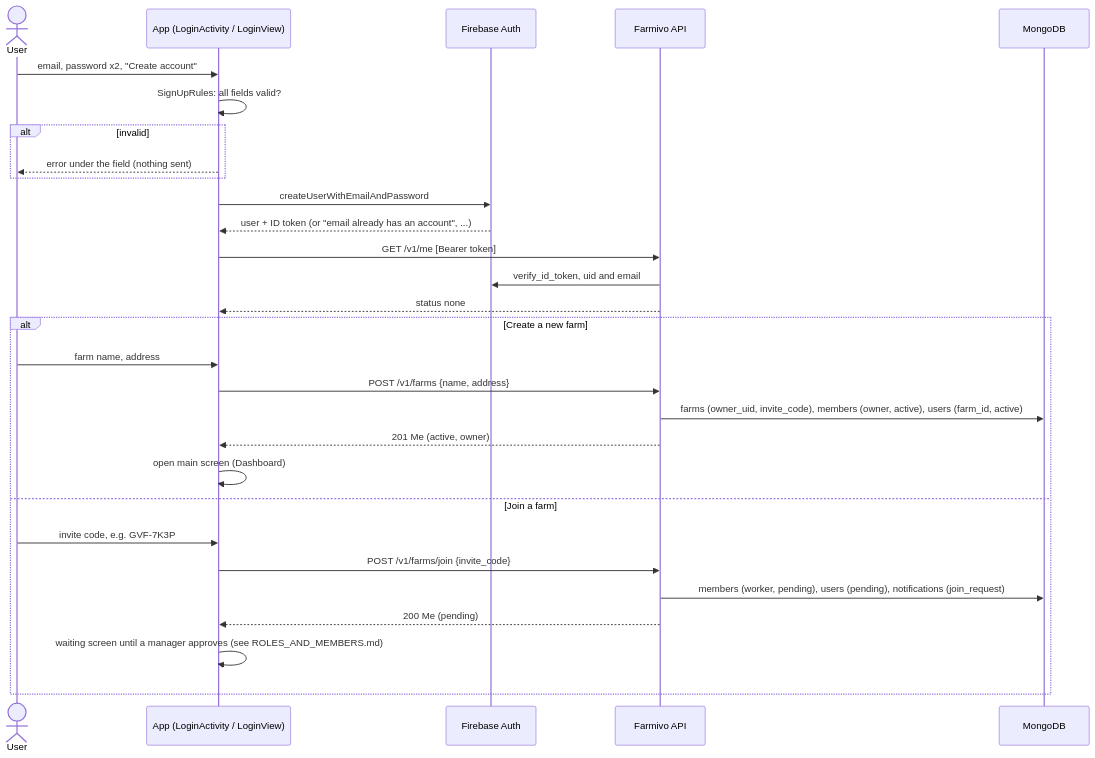
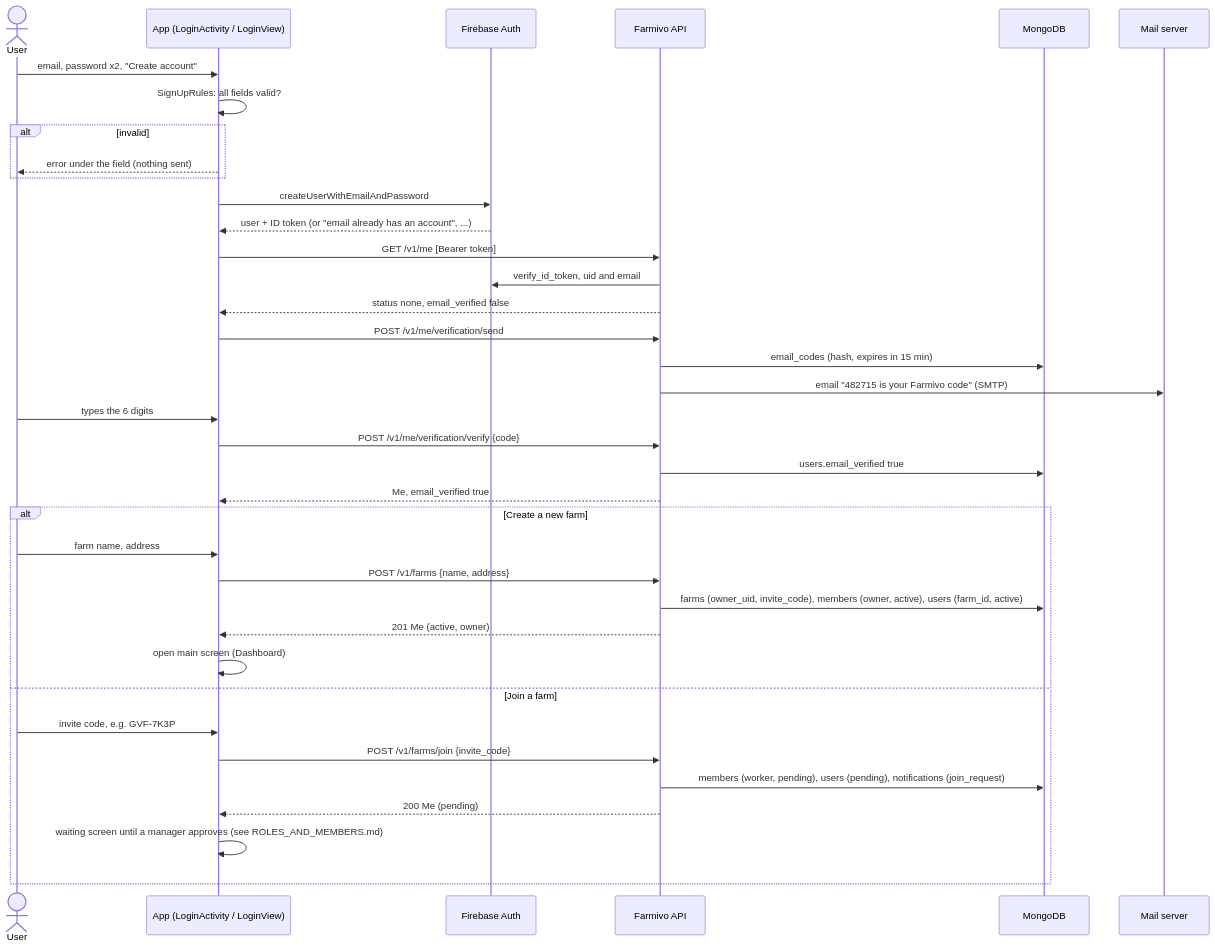
One commit to haythoum/farmivo_backend changed the third of 9 diagrams in docs/SYSTEM_GUIDE.md. Above: the diagram before and after it, drawn with Mermaid. The commit also changed other lines of this file and 8 other files, not shown here.

First line of the commit message:
Docs: email verification code (API, flows, data model, system guide, SMTP setup, decisions)

````diff
--- a/docs/SYSTEM_GUIDE.md
+++ b/docs/SYSTEM_GUIDE.md
@@ -89,31 +91,39 @@
 ```mermaid
 sequenceDiagram
   actor U as User
   participant App as App (LoginActivity / LoginView)
   participant FA as Firebase Auth
   participant API as Farmivo API
   participant DB as MongoDB
+  participant Mail as Mail server
   U->>App: email, password x2, "Create account"
   App->>App: SignUpRules: all fields valid?
   alt invalid
     App-->>U: error under the field (nothing sent)
   end
   App->>FA: createUserWithEmailAndPassword
   FA-->>App: user + ID token (or "email already has an account", ...)
   App->>API: GET /v1/me  [Bearer token]
   API->>FA: verify_id_token, uid and email
-  API-->>App: status none
+  API-->>App: status none, email_verified false
+  App->>API: POST /v1/me/verification/send
+  API->>DB: email_codes (hash, expires in 15 min)
+  API->>Mail: email "482715 is your Farmivo code" (SMTP)
+  U->>App: types the 6 digits
+  App->>API: POST /v1/me/verification/verify {code}
+  API->>DB: users.email_verified true
+  API-->>App: Me, email_verified true
   alt Create a new farm
     U->>App: farm name, address
     App->>API: POST /v1/farms {name, address}
     API->>DB: farms (owner_uid, invite_code), members (owner, active), users (farm_id, active)
     API-->>App: 201 Me (active, owner)
     App->>App: open main screen (Dashboard)
   else Join a farm
     U->>App: invite code, e.g. GVF-7K3P
     App->>API: POST /v1/farms/join {invite_code}
     API->>DB: members (worker, pending), users (pending), notifications (join_request)
     API-->>App: 200 Me (pending)
     App->>App: waiting screen until a manager approves (see ROLES_AND_MEMBERS.md)
   end
 ```
````
